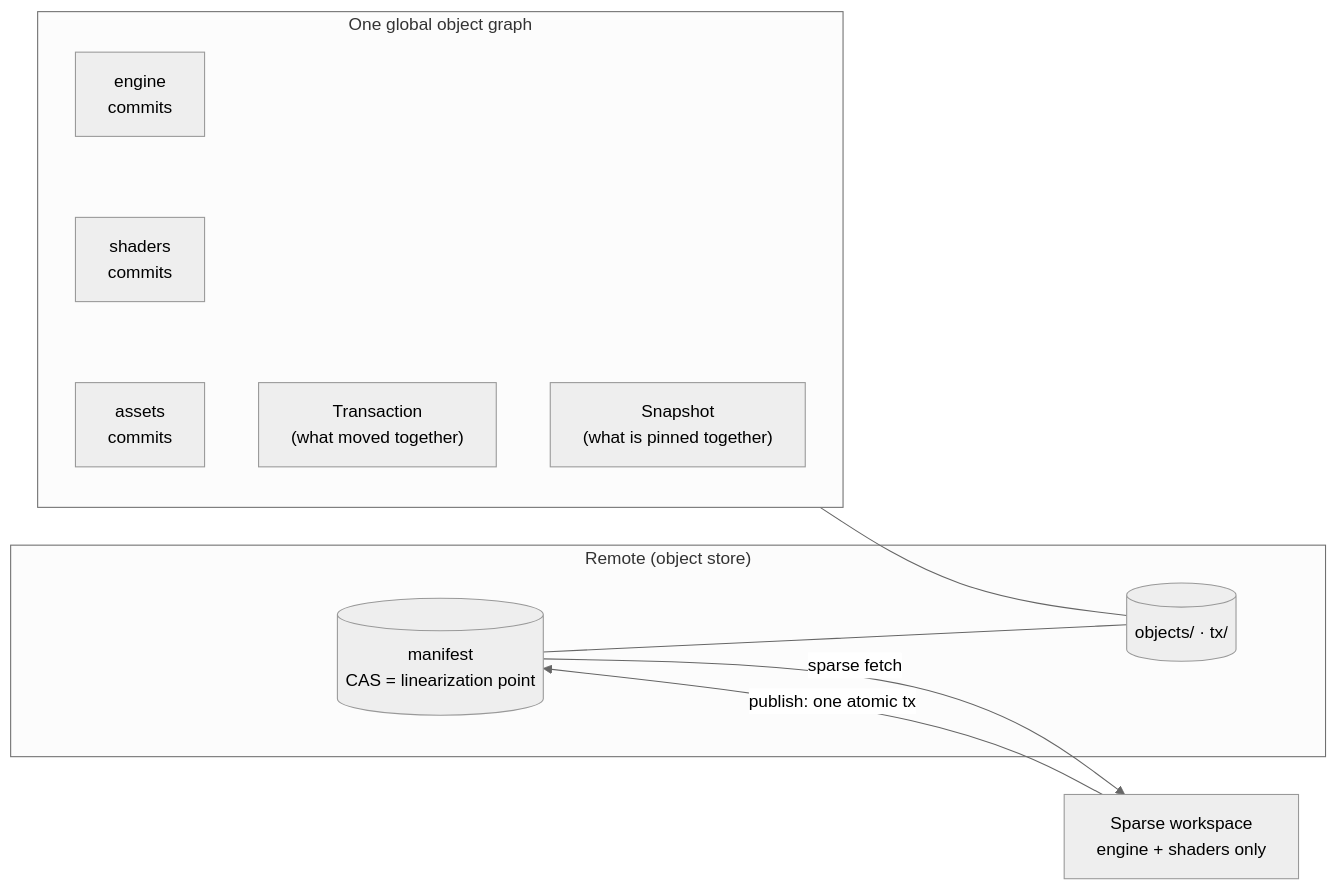
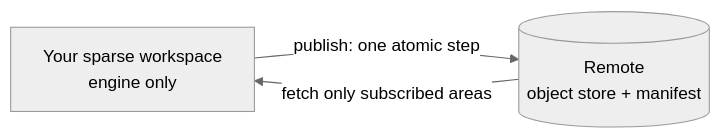
Before and after one commit to Bobliuuu/allgit: the diagram in README.md, drawn with Mermaid (neutral theme). The commit also changed other lines of this file, not shown here.

````diff
--- a/README.md
+++ b/README.md
@@ -21,16 +166,5 @@
 ```mermaid
 flowchart LR
-  subgraph Remote["Remote (object store)"]
-    M[("manifest<br/>CAS = linearization point")]
-    O[("objects/ · tx/")]
-  end
-  subgraph Graph["One global object graph"]
-    E["engine<br/>commits"] ~~~ S["shaders<br/>commits"] ~~~ A["assets<br/>commits"]
-    T["Transaction<br/>(what moved together)"]
-    P["Snapshot<br/>(what is pinned together)"]
-  end
-  W["Sparse workspace<br/>engine + shaders only"] -->|publish: one atomic tx| M
-  M --- O
-  Graph --- O
-  M -->|sparse fetch| W
+  W["Your sparse workspace<br/>engine only"] -->|publish: one atomic step| R[("Remote<br/>object store + manifest")]
+  R -->|fetch only subscribed areas| W
 ```
````
